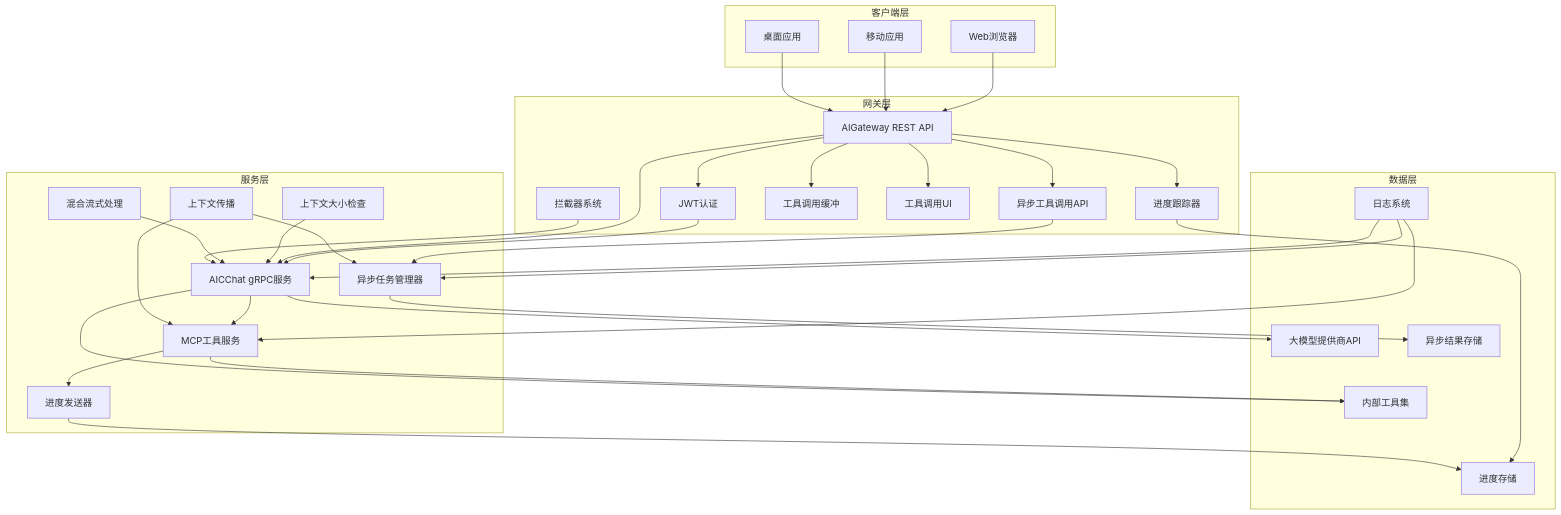
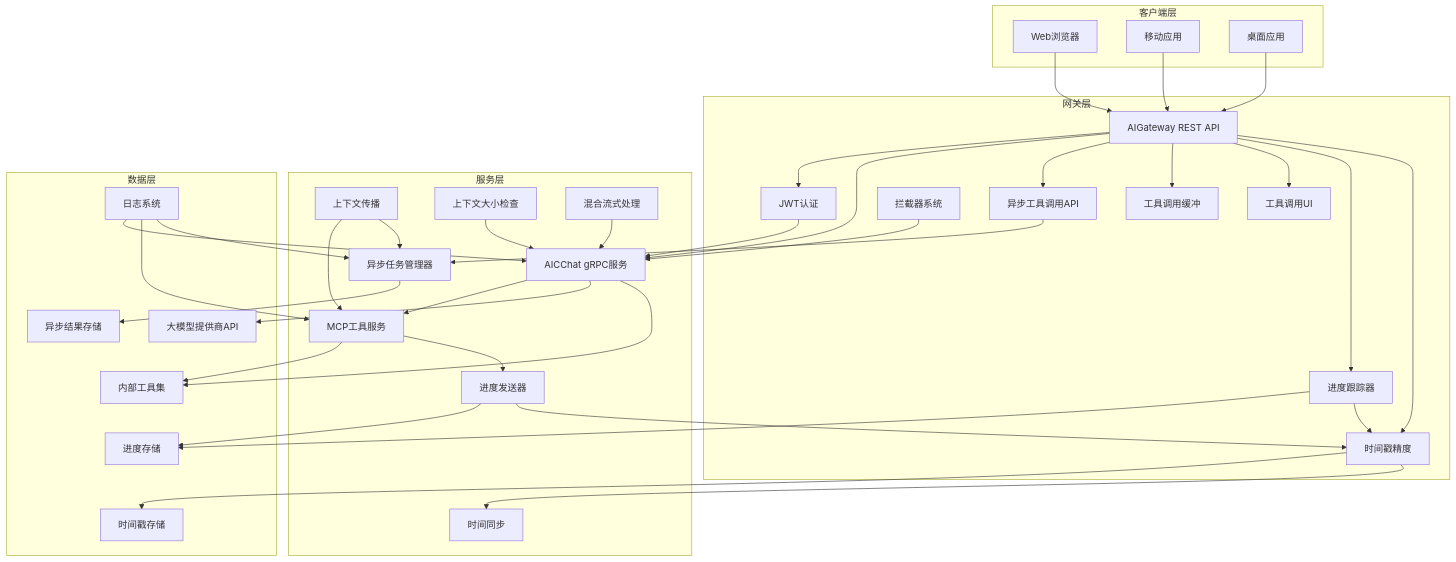
One commit to maomao94/zero-service changed the second of 30 diagrams in .qoder/repowiki/zh/content/AI聊天服务迁移指南.md. Above: the diagram before and after it, drawn with Mermaid. The commit also changed other lines of this file and 59 other files, not shown here.

````diff
--- a/.qoder/repowiki/zh/content/AI聊天服务迁移指南.md
+++ b/.qoder/repowiki/zh/content/AI聊天服务迁移指南.md
@@ -188,60 +193,68 @@
 ```mermaid
 graph TB
 subgraph "客户端层"
 Web[Web浏览器]
 Mobile[移动应用]
 Desktop[桌面应用]
 end
 subgraph "网关层"
 Gateway[AIGateway REST API]
 Auth[JWT认证]
 AsyncAPI[异步工具调用API]
 Interceptor[拦截器系统]
 ToolBuffer[工具调用缓冲]
 ToolUI[工具调用UI]
 ProgressTracker[进度跟踪器]
+TimePrecision[时间戳精度]
 end
 subgraph "服务层"
 ChatService[AICChat gRPC服务]
 MCPService[MCP工具服务]
 AsyncMgr[异步任务管理器]
 Context[上下文传播]
 ContextCheck[上下文大小检查]
 MixedStream[混合流式处理]
 ProgressSender[进度发送器]
+TimeSync[时间同步]
 end
 subgraph "数据层"
 Providers[大模型提供商API]
 Tools[内部工具集]
 AsyncStore[异步结果存储]
 LogSystem[日志系统]
 ProgressStore[进度存储]
+TimeStore[时间戳存储]
 end
 Web --> Gateway
 Mobile --> Gateway
 Desktop --> Gateway
 Gateway --> Auth
 Auth --> ChatService
 Gateway --> ChatService
 Gateway --> AsyncAPI
 Gateway --> ToolBuffer
 Gateway --> ToolUI
 Gateway --> ProgressTracker
+Gateway --> TimePrecision
 AsyncAPI --> AsyncMgr
 ChatService --> MCPService
 ChatService --> Providers
 MCPService --> Tools
 MCPService --> ProgressSender
 AsyncMgr --> AsyncStore
 ProgressTracker --> ProgressStore
+ProgressTracker --> TimePrecision
+TimePrecision --> TimeStore
+TimePrecision --> TimeSync
 ChatService --> Tools
 Context --> MCPService
 Context --> AsyncMgr
 ContextCheck --> ChatService
 MixedStream --> ChatService
 Interceptor --> ChatService
 LogSystem --> ChatService
 LogSystem --> MCPService
 LogSystem --> AsyncMgr
 ProgressSender --> ProgressStore
+ProgressSender --> TimePrecision
 ```
````
